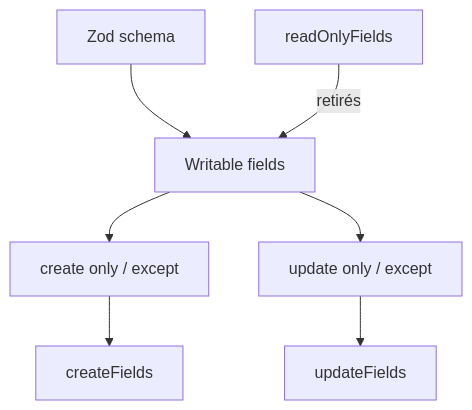
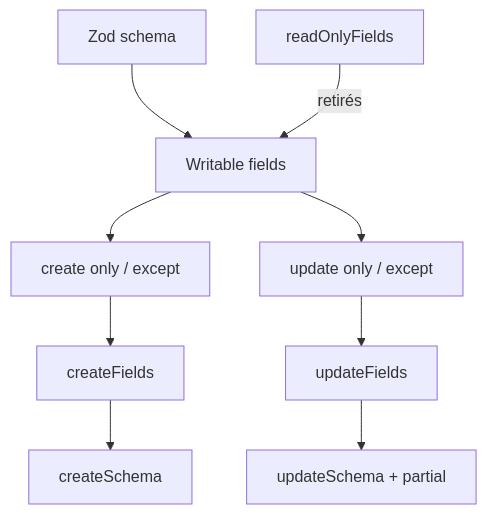
One commit to olivierHuvelle/front-template changed the second of 5 diagrams in README.md. Above: the diagram before and after it, drawn with Mermaid. The commit also changed other lines of this file and 10 other files, not shown here.

Commit message:
feat(resource): derive create and update schemas

````diff
--- a/README.md
+++ b/README.md
@@ -137,9 +147,11 @@
 ```mermaid
 flowchart TD
     Schema[Zod schema] --> Writable[Writable fields]
     ReadOnly[readOnlyFields] -->|retirés| Writable
     Writable --> CreateConfig[create only / except]
     Writable --> UpdateConfig[update only / except]
     CreateConfig --> CreateFields[createFields]
     UpdateConfig --> UpdateFields[updateFields]
+    CreateFields --> CreateSchema[createSchema]
+    UpdateFields --> UpdateSchema[updateSchema + partial]
 ```
````
